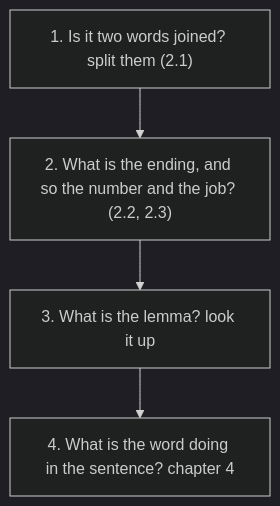
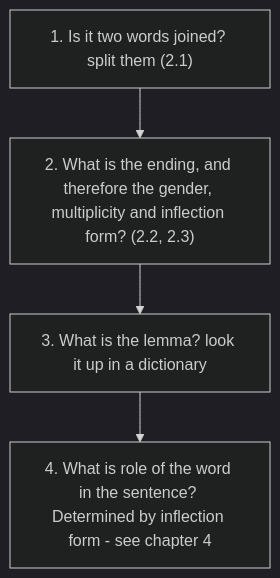
The second of 2 diagrams in src/content/docs/Pali Textbook/2-0-nama.md (ChristineTham/buddhavacana), drawn with Mermaid (dark theme) before and after one commit. The commit also changed other lines of this file and 7 other files, not shown here.

````diff
--- a/src/content/docs/Pali Textbook/2-0-nama.md
+++ b/src/content/docs/Pali Textbook/2-0-nama.md
@@ -49,6 +54,6 @@
 ```mermaid
 flowchart TD
-  S1["1. Is it two words joined? split them (2.1)"] --> S2["2. What is the ending, and so the number and the job? (2.2, 2.3)"]
-  S2 --> S3["3. What is the lemma? look it up"]
-  S3 --> S4["4. What is the word doing in the sentence? chapter 4"]
+  S1["1. Is it two words joined? split them (2.1)"] --> S2["2. What is the ending, and therefore the gender, multiplicity and inflection form? (2.2, 2.3)"]
+  S2 --> S3["3. What is the lemma? look it up in a dictionary"]
+  S3 --> S4["4. What is role of the word in the sentence? Determined by inflection form - see chapter 4"]
 ```
````
